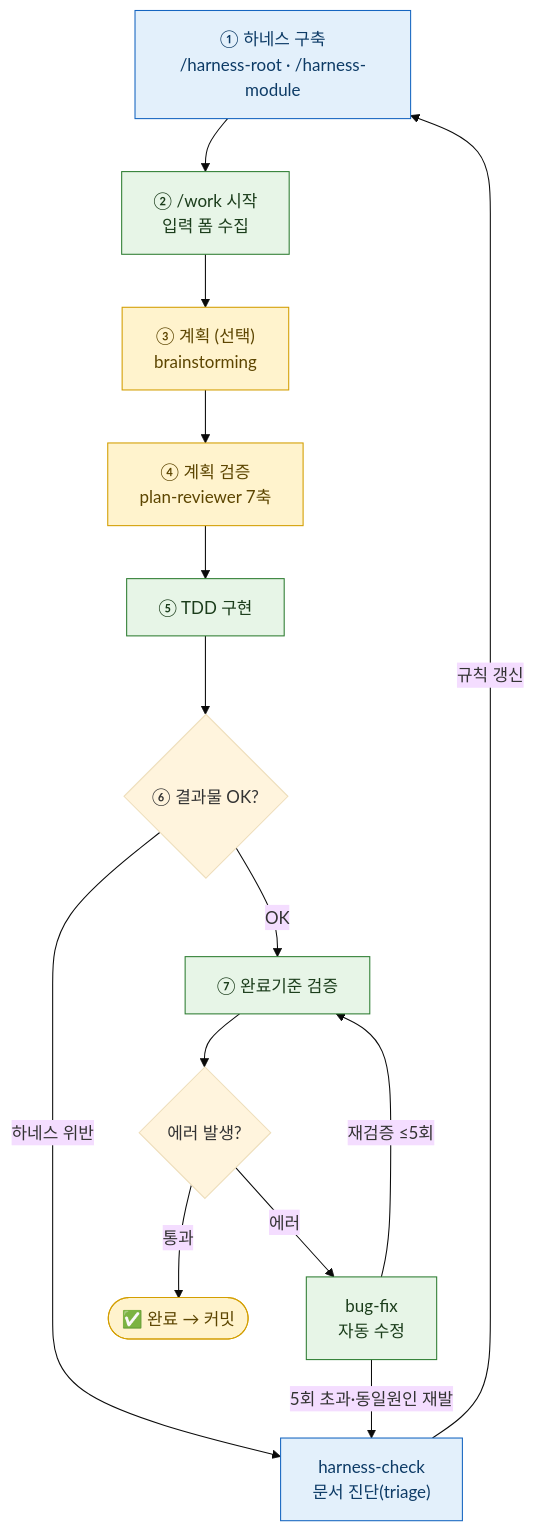
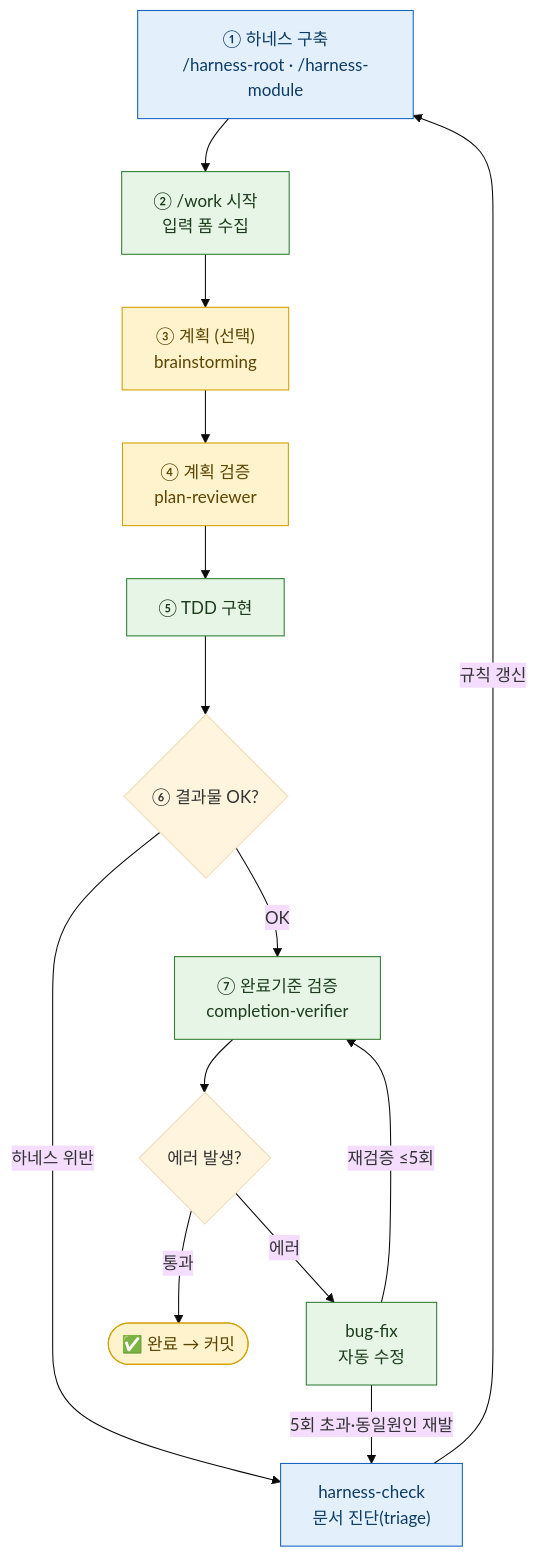
The diagram in README.md (yunjeLee/yeoboya_harness_plugin), drawn with Mermaid (base theme) before and after one commit. The commit also changed other lines of this file and 2 other files, not shown here.

````diff
--- a/README.md
+++ b/README.md
@@ -76,23 +77,23 @@
 ```mermaid
 flowchart TD
     H["① 하네스 구축<br/>/harness-root · /harness-module"]:::harness
     H --> W["② /work 시작<br/>입력 폼 수집"]:::auto
     W --> P["③ 계획 (선택)<br/>brainstorming"]:::gate
-    P --> PR["④ 계획 검증<br/>plan-reviewer 7축"]:::gate
+    P --> PR["④ 계획 검증<br/>plan-reviewer"]:::gate
     PR --> TDD["⑤ TDD 구현"]:::auto
     TDD --> Q{"⑥ 결과물 OK?"}
     Q -->|하네스 위반| HC
-    Q -->|OK| CRI["⑦ 완료기준 검증"]:::auto
+    Q -->|OK| CRI["⑦ 완료기준 검증<br/>completion-verifier"]:::auto
     CRI --> Q2{에러 발생?}
     Q2 -->|에러| BF["bug-fix<br/>자동 수정"]:::auto
     BF -->|재검증 ≤5회| CRI
     Q2 -->|통과| DONE([✅ 완료 → 커밋]):::gate
 
     BF -->|5회 초과·동일원인 재발| HC
     HC["harness-check<br/>문서 진단(triage)"]:::harness
     HC -->|규칙 갱신| H
 
     classDef auto fill:#e7f5e7,stroke:#2e7d32,color:#1b3d1b
     classDef gate fill:#fff3cd,stroke:#d39e00,color:#5c4500
     classDef harness fill:#e3f0fb,stroke:#1565c0,color:#0d3b66
 ```
````
